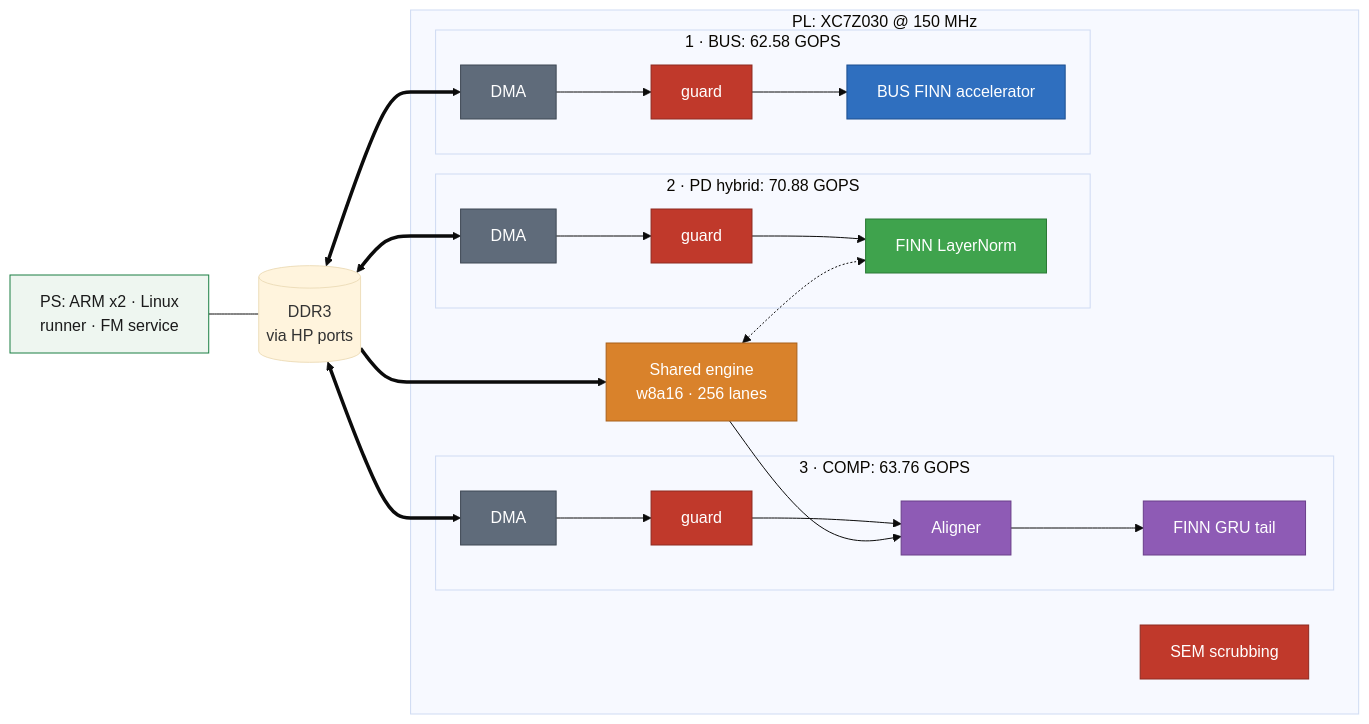
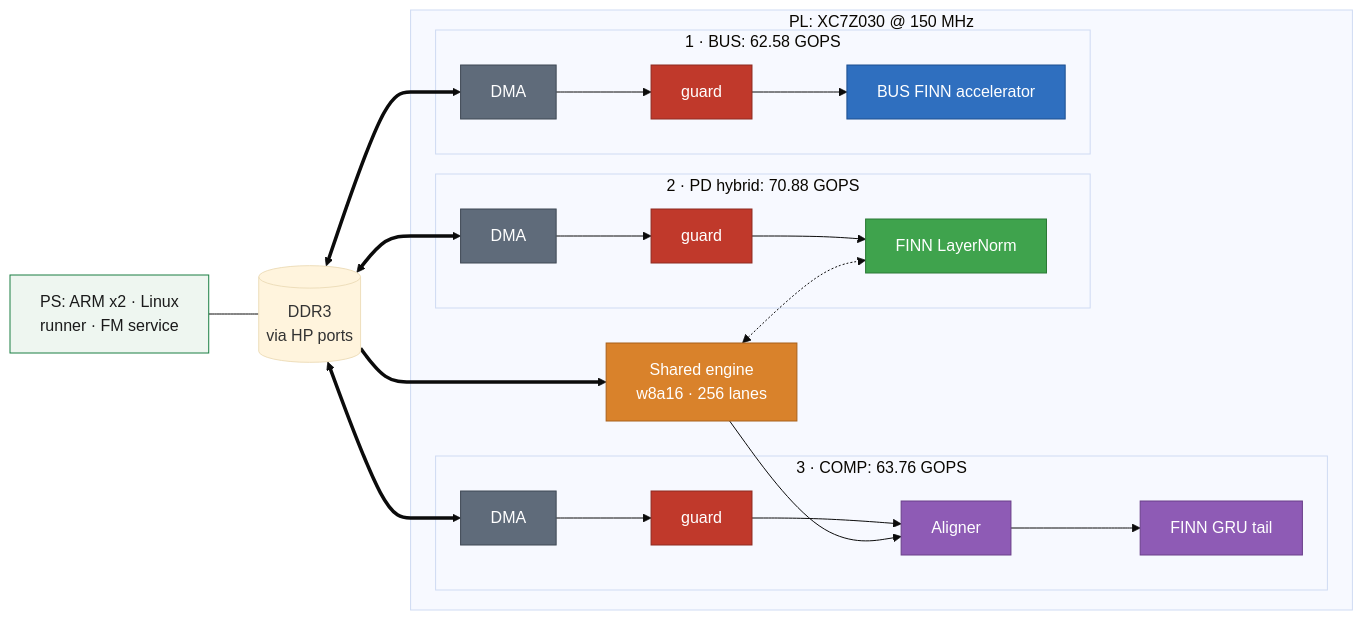
Before and after one commit to juwonde/SIREN-slides: the diagram in figures/src/F13-hw-architecture.mmd, drawn with Mermaid (base theme). The commit also changed 10 other files, not shown here.

Commit message:
alpha-13: references bottom-left, metric direction arrows, COMP three candidates, Digital Twin build-up, architecture box descriptions

```diff
--- a/figures/src/F13-hw-architecture.mmd
+++ b/figures/src/F13-hw-architecture.mmd
@@ -1,37 +1,36 @@
 %% px=18  SIREN compute structure, left to right (after the mermaid diagram in the shared repository README)
 flowchart LR
     PS["PS: ARM x2 · Linux<br/>runner · FM service"]
     DDR[("DDR3<br/>via HP ports")]
     subgraph PL["PL: XC7Z030 @ 150 MHz"]
         subgraph COMPM["3 · COMP: 63.76 GOPS"]
             D3["DMA"] --> G3["guard"] --> ZIP["Aligner"] --> GRT["FINN GRU tail"]
         end
         subgraph PDM["2 · PD hybrid: 70.88 GOPS"]
             D1["DMA"] --> G1["guard"] --> LN["FINN LayerNorm"]
         end
         subgraph BUSM["1 · BUS: 62.58 GOPS"]
             D0["DMA"] --> G0["guard"] --> BUS["BUS FINN accelerator"]
         end
         ENG["Shared engine<br/>w8a16 · 256 lanes"]
-        SEM["SEM scrubbing"]
     end
     PS --- DDR
     DDR <==> D0 & D1 & D3
     DDR ==> ENG
     ENG <-.-> LN
     ENG --> ZIP
 
     classDef bus fill:#2f6fbf,stroke:#1d4f8f,color:#ffffff
     classDef pdln fill:#3fa34d,stroke:#2b7a36,color:#ffffff
     classDef engine fill:#d9822b,stroke:#a8601a,color:#ffffff
     classDef gru fill:#8e5bb5,stroke:#6a3f8a,color:#ffffff
     classDef move fill:#5f6b7a,stroke:#3f4955,color:#ffffff
     classDef safe fill:#c0392b,stroke:#8e2a20,color:#ffffff
     classDef ps fill:#eef6f0,stroke:#1a7f43,color:#1a1a1a
     class BUS bus
     class LN pdln
     class ENG engine
     class ZIP,GRT gru
     class D0,D1,D3 move
-    class G0,G1,G3,SEM safe
+    class G0,G1,G3 safe
     class PS ps
```
